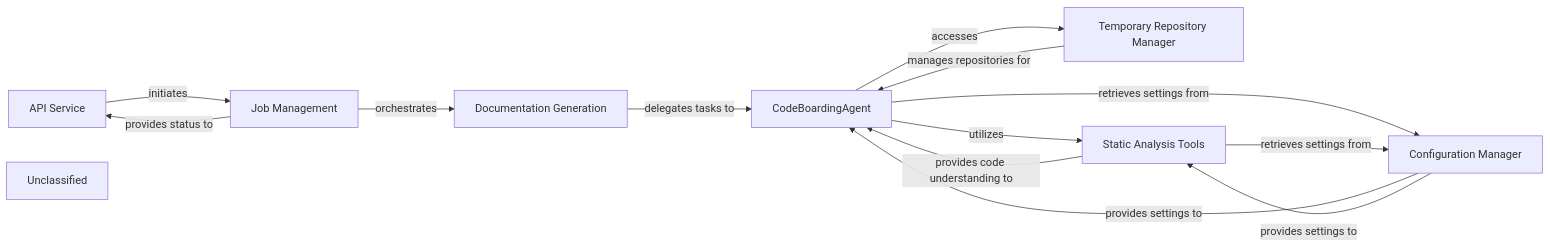
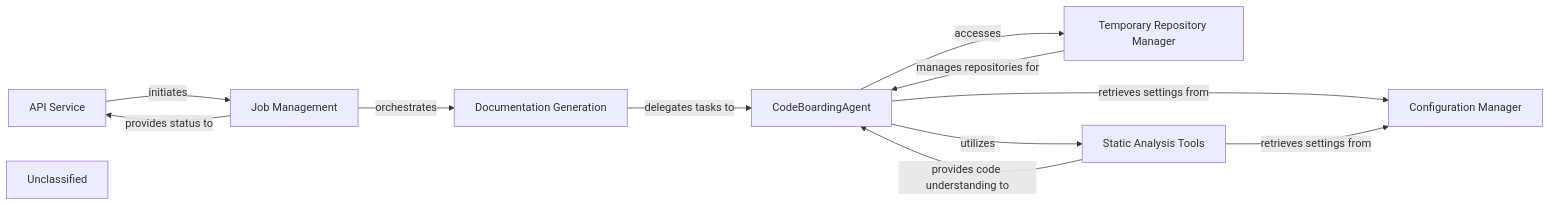
Before and after one commit to CodeBoarding/CodeBoarding: the diagram in .codeboarding/User_Interface_API_Gateway.md, drawn with Mermaid. The commit also changed other lines of this file and 15 other files, not shown here.

First line of the commit message:
docs: update codeboarding documentation and generate architecture

````diff
--- a/.codeboarding/User_Interface_API_Gateway.md
+++ b/.codeboarding/User_Interface_API_Gateway.md
@@ -1,23 +1,21 @@
 ```mermaid
 graph LR
     API_Service["API Service"]
     Job_Management["Job Management"]
     Documentation_Generation["Documentation Generation"]
     CodeBoardingAgent["CodeBoardingAgent"]
     Temporary_Repository_Manager["Temporary Repository Manager"]
     Static_Analysis_Tools["Static Analysis Tools"]
     Configuration_Manager["Configuration Manager"]
     Unclassified["Unclassified"]
     API_Service -- "initiates" --> Job_Management
+    Job_Management -- "provides status to" --> API_Service
     Job_Management -- "orchestrates" --> Documentation_Generation
-    Job_Management -- "provides status to" --> API_Service
     Documentation_Generation -- "delegates tasks to" --> CodeBoardingAgent
     CodeBoardingAgent -- "utilizes" --> Static_Analysis_Tools
+    Static_Analysis_Tools -- "provides code understanding to" --> CodeBoardingAgent
     CodeBoardingAgent -- "accesses" --> Temporary_Repository_Manager
+    Temporary_Repository_Manager -- "manages repositories for" --> CodeBoardingAgent
     CodeBoardingAgent -- "retrieves settings from" --> Configuration_Manager
-    Static_Analysis_Tools -- "provides code understanding to" --> CodeBoardingAgent
     Static_Analysis_Tools -- "retrieves settings from" --> Configuration_Manager
-    Temporary_Repository_Manager -- "manages repositories for" --> CodeBoardingAgent
-    Configuration_Manager -- "provides settings to" --> CodeBoardingAgent
-    Configuration_Manager -- "provides settings to" --> Static_Analysis_Tools
 ```
````
